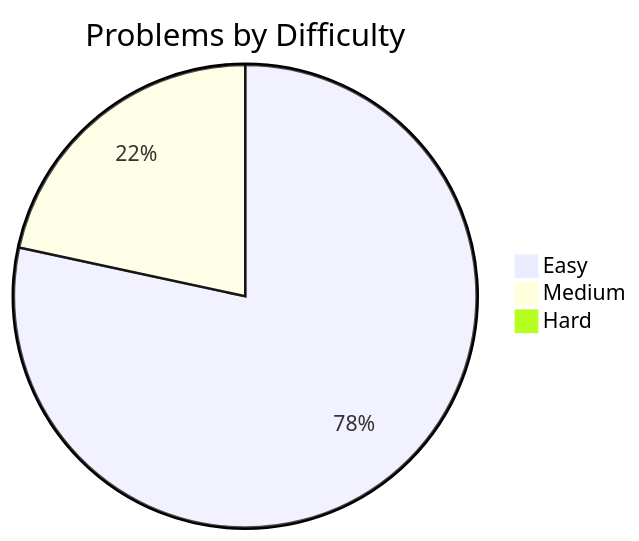
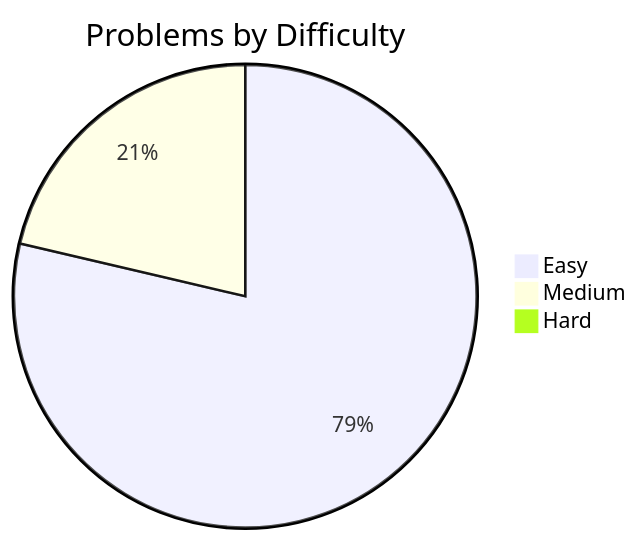
The diagram in README.md (davelin18yufan/leetcode-journal), drawn with Mermaid before and after one commit. The commit also changed other lines of this file and 5 other files, not shown here.

````diff
--- a/README.md
+++ b/README.md
@@ -7,7 +7,7 @@
 ```mermaid
 pie
     title Problems by Difficulty
-    "Easy" : 58
+    "Easy" : 59
     "Medium" : 16
     "Hard" : 0
 ```
````
